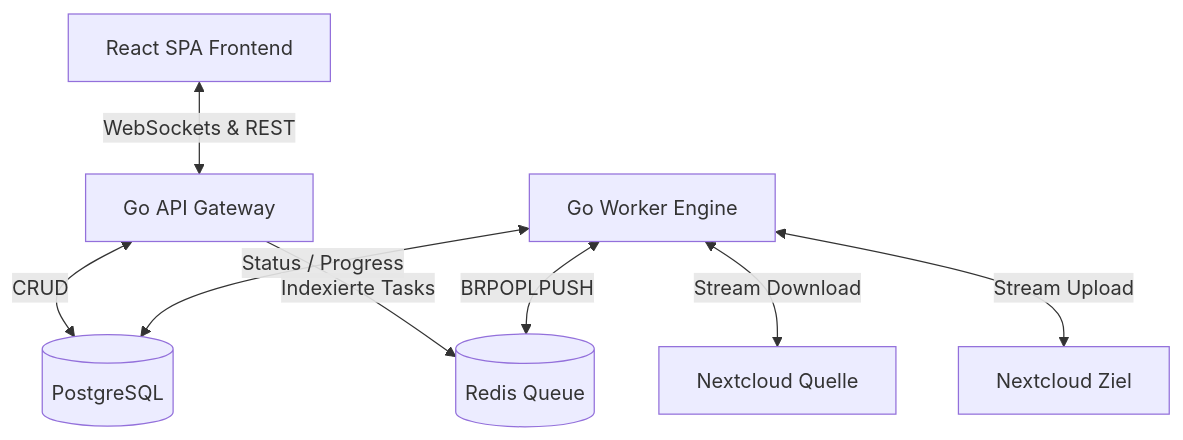
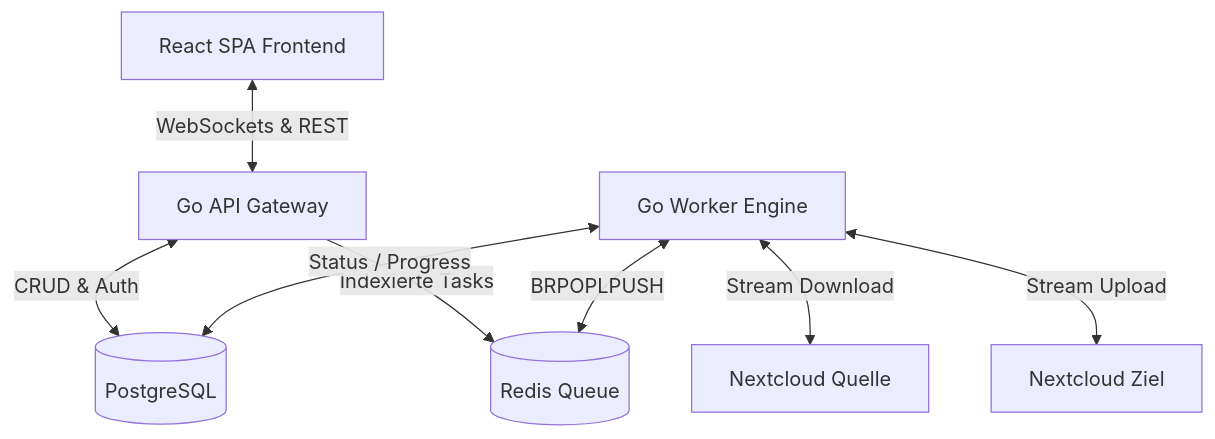
Before and after one commit to xXRoxXeRXx/clumoove: the diagram in README.md, drawn with Mermaid. The commit also changed other lines of this file, not shown here.

Commit message:
docs: update README with multi-tenancy architecture and security details

````diff
--- a/README.md
+++ b/README.md
@@ -11,10 +11,10 @@
 ```mermaid
 graph TD
     Frontend[React SPA Frontend] <-->|WebSockets & REST| API[Go API Gateway]
-    API <-->|CRUD| DB[(PostgreSQL)]
+    API <-->|CRUD & Auth| DB[(PostgreSQL)]
     API -->|Indexierte Tasks| Redis[(Redis Queue)]
     Worker[Go Worker Engine] <-->|BRPOPLPUSH| Redis
     Worker <-->|Status / Progress| DB
     Worker <-->|Stream Download| NC_Source[Nextcloud Quelle]
     Worker <-->|Stream Upload| NC_Target[Nextcloud Ziel]
 ```
````
